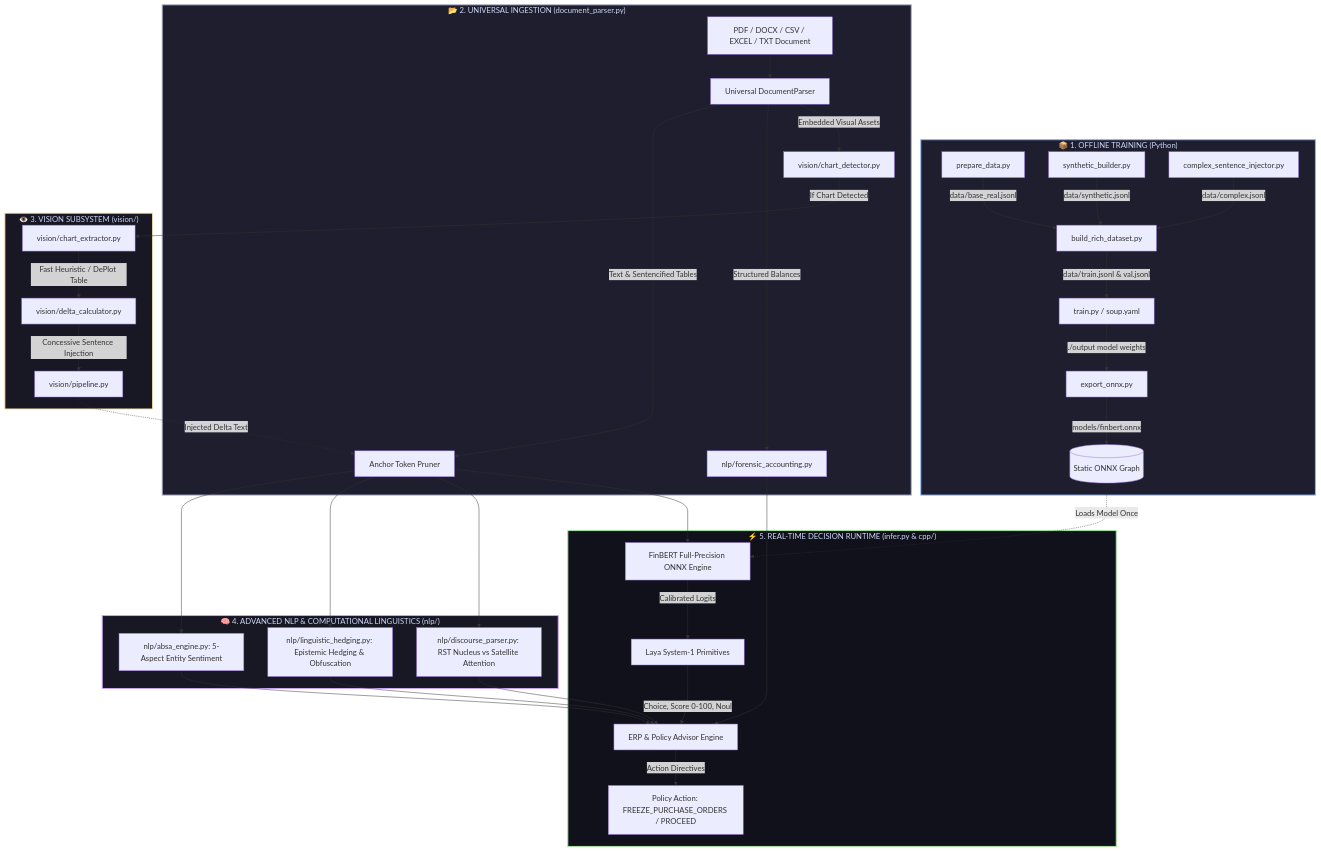
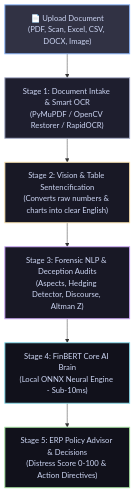
Before and after one commit to Humble-Librarian/Virdixt: the first of 4 diagrams in ARCHITECTURE_WALKTHROUGH.md, drawn with Mermaid. The commit also changed other lines of this file, not shown here.

Commit message:
docs: rewrite architecture walkthrough with stage-by-stage plain English explanations

````diff
--- a/ARCHITECTURE_WALKTHROUGH.md
+++ b/ARCHITECTURE_WALKTHROUGH.md
@@ -12,49 +17,15 @@
 ```mermaid
 flowchart TD
-    subgraph Offline_Training["📦 1. OFFLINE TRAINING (Python)"]
-        D1[prepare_data.py] -->|data/base_real.jsonl| MDB[build_rich_dataset.py]
-        D2[synthetic_builder.py] -->|data/synthetic.jsonl| MDB
-        D3[complex_sentence_injector.py] -->|data/complex.jsonl| MDB
-        MDB -->|data/train.jsonl & val.jsonl| TR[train.py / soup.yaml]
-        TR -->|./output model weights| EXP[export_onnx.py]
-        EXP -->|models/finbert.onnx| ONNX_OUT[(Static ONNX Graph)]
-    end
+    A["📄 Upload Document\n(PDF, Scan, Excel, CSV, DOCX, Image)"] --> S1["Stage 1: Document Intake & Smart OCR\n(PyMuPDF / OpenCV Restorer / RapidOCR)"]
+    S1 --> S2["Stage 2: Vision & Table Sentencification\n(Converts raw numbers & charts into clear English)"]
+    S2 --> S3["Stage 3: Forensic NLP & Deception Audits\n(Aspects, Hedging Detector, Discourse, Altman Z)"]
+    S3 --> S4["Stage 4: FinBERT Core AI Brain\n(Local ONNX Neural Engine - Sub-10ms)"]
+    S4 --> S5["Stage 5: ERP Policy Advisor & Decisions\n(Distress Score 0-100 & Action Directives)"]
 
-    subgraph Document_Ingestion["📂 2. UNIVERSAL INGESTION (document_parser.py)"]
-        DOC[PDF / DOCX / CSV / EXCEL / TXT Document] --> PARSER[Universal DocumentParser]
-        PARSER -->|Text & Sentencified Tables| PRUN[Anchor Token Pruner]
-        PARSER -->|Structured Balances| FOR_ENG[nlp/forensic_accounting.py]
-        PARSER -->|Embedded Visual Assets| DET[vision/chart_detector.py]
-    end
-
-    subgraph Multimodal_Vision["👁️ 3. VISION SUBSYSTEM (vision/)"]
-        DET -->|If Chart Detected| EXT[vision/chart_extractor.py]
-        EXT -->|Fast Heuristic / DePlot Table| CALC[vision/delta_calculator.py]
-        CALC -->|Concessive Sentence Injection| VP[vision/pipeline.py]
-        VP -.->|Injected Delta Text| PRUN
-    end
-
-    subgraph Advanced_NLP["🧠 4. ADVANCED NLP & COMPUTATIONAL LINGUISTICS (nlp/)"]
-        PRUN --> ABSA[nlp/absa_engine.py: 5-Aspect Entity Sentiment]
-        PRUN --> HEDGE[nlp/linguistic_hedging.py: Epistemic Hedging & Obfuscation]
-        PRUN --> DISC[nlp/discourse_parser.py: RST Nucleus vs Satellite Attention]
-    end
-
-    subgraph RealTime_Inference["⚡ 5. REAL-TIME DECISION RUNTIME (infer.py & cpp/)"]
-        PRUN --> BACKBONE[FinBERT Full-Precision ONNX Engine]
-        ONNX_OUT -.->|Loads Model Once| BACKBONE
-        BACKBONE -->|Calibrated Logits| LAYA[Laya System-1 Primitives]
-        LAYA -->|Choice, Score 0-100, Noul| ERP[ERP & Policy Advisor Engine]
-        ABSA --> ERP
-        HEDGE --> ERP
-        DISC --> ERP
-        FOR_ENG --> ERP
-        ERP -->|Action Directives| ACT[Policy Action: FREEZE_PURCHASE_ORDERS / PROCEED]
-    end
-
-    style Offline_Training fill:#1e1e2e,stroke:#89b4fa,stroke-width:2px,color:#cdd6f4
-    style Document_Ingestion fill:#1e1e2e,stroke:#a6adc8,stroke-width:2px,color:#cdd6f4
-    style Multimodal_Vision fill:#181825,stroke:#f9e2af,stroke-width:2px,color:#cdd6f4
-    style Advanced_NLP fill:#181825,stroke:#cba6f7,stroke-width:2px,color:#cdd6f4
-    style RealTime_Inference fill:#11111b,stroke:#a6e3a1,stroke-width:2px,color:#cdd6f4
+    style A fill:#313244,stroke:#89b4fa,stroke-width:2px,color:#cdd6f4
+    style S1 fill:#1e1e2e,stroke:#a6adc8,stroke-width:2px,color:#cdd6f4
+    style S2 fill:#181825,stroke:#f9e2af,stroke-width:2px,color:#cdd6f4
+    style S3 fill:#181825,stroke:#cba6f7,stroke-width:2px,color:#cdd6f4
+    style S4 fill:#11111b,stroke:#89dceb,stroke-width:2px,color:#cdd6f4
+    style S5 fill:#11111b,stroke:#a6e3a1,stroke-width:2px,color:#cdd6f4
 ```
````
